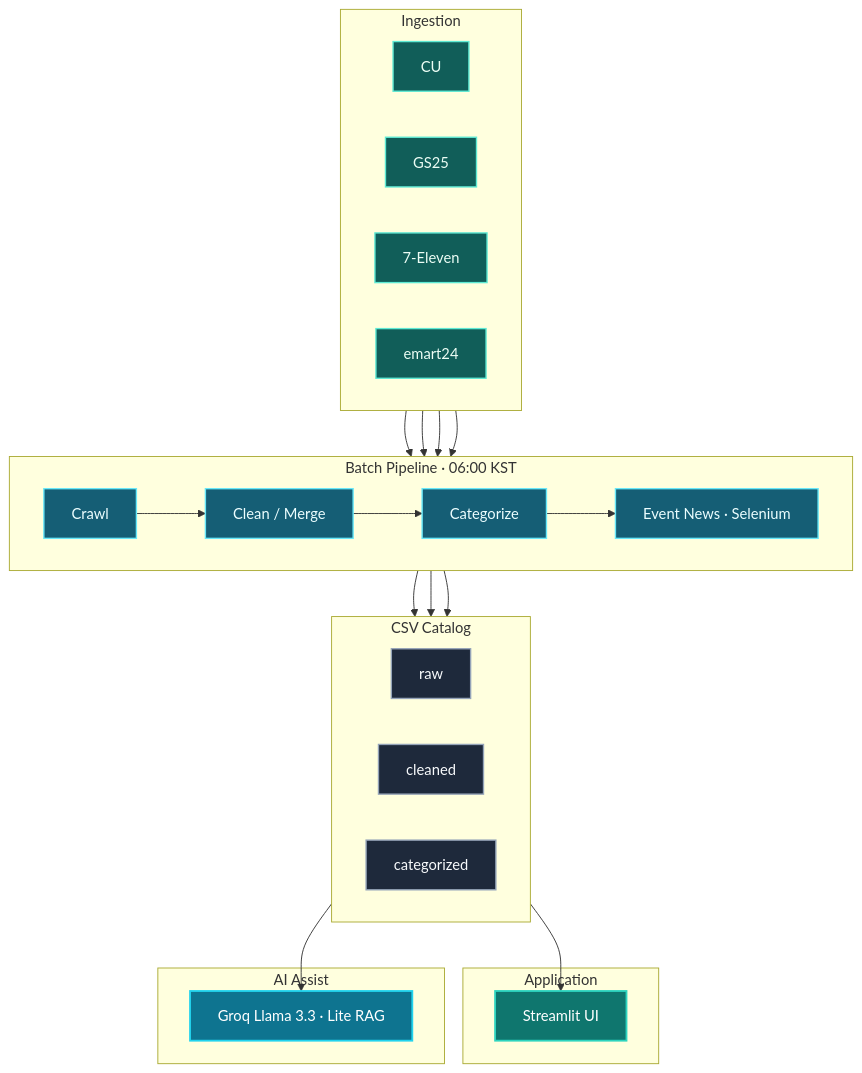
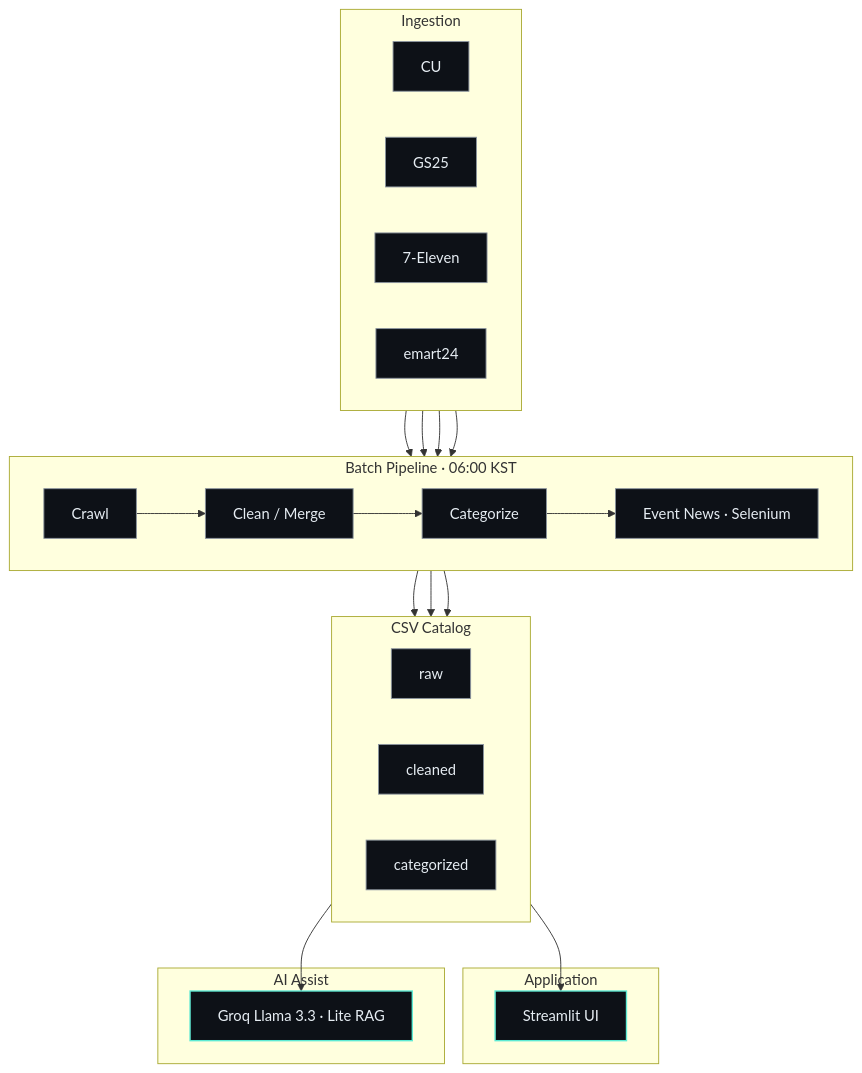
The diagram in README.md (Hyeonseok93/SK-Rookies5-MINI1_CVS-EVENT-COMPARATOR), drawn with Mermaid before and after one commit.

Commit message:
Tone down Mermaid fills and keep Ingestion in one row.

````diff
--- a/README.md
+++ b/README.md
@@ -238,46 +238,43 @@
 ```mermaid
 flowchart TB
-  classDef brand fill:#115E59,stroke:#5EEAD4,color:#ECFDF5,stroke-width:1.5px
-  classDef step fill:#155E75,stroke:#67E8F9,color:#ECFEFF,stroke-width:1.5px
-  classDef store fill:#1E293B,stroke:#94A3B8,color:#F8FAFC,stroke-width:1.5px
-  classDef ui fill:#0F766E,stroke:#2DD4BF,color:#FFFFFF,stroke-width:2px
-  classDef llm fill:#0E7490,stroke:#22D3EE,color:#FFFFFF,stroke-width:2px
+  classDef node fill:#0D1117,stroke:#8B949E,color:#E6EDF3,stroke-width:1px
+  classDef accent fill:#0D1117,stroke:#5EEAD4,color:#E6EDF3,stroke-width:1.5px
 
   subgraph Ingest["Ingestion"]
     direction LR
-    CU:::brand
-    GS25:::brand
-    Seven["7-Eleven"]:::brand
-    Emart["emart24"]:::brand
+    CU:::node
+    GS25:::node
+    Seven["7-Eleven"]:::node
+    Emart["emart24"]:::node
   end
 
   subgraph Batch["Batch Pipeline · 06:00 KST"]
     direction LR
-    Crawl:::step --> Clean["Clean / Merge"]:::step --> Categorize:::step --> News["Event News · Selenium"]:::step
+    Crawl:::node --> Clean["Clean / Merge"]:::node --> Categorize:::node --> News["Event News · Selenium"]:::node
   end
 
   subgraph Catalog["CSV Catalog"]
     direction LR
-    Raw["raw"]:::store
-    Cleaned["cleaned"]:::store
-    Categorized["categorized"]:::store
+    Raw["raw"]:::node
+    Cleaned["cleaned"]:::node
+    Categorized["categorized"]:::node
   end
 
   subgraph App["Application"]
-    Streamlit["Streamlit UI"]:::ui
+    Streamlit["Streamlit UI"]:::accent
   end
 
   subgraph AI["AI Assist"]
-    Groq["Groq Llama 3.3 · Lite RAG"]:::llm
+    Groq["Groq Llama 3.3 · Lite RAG"]:::accent
   end
 
   CU --> Crawl
   GS25 --> Crawl
   Seven --> Crawl
   Emart --> Crawl
   News --> Raw
   Clean --> Cleaned
   Categorize --> Categorized
   Categorized --> Streamlit
   Categorized --> Groq
 ```
````
